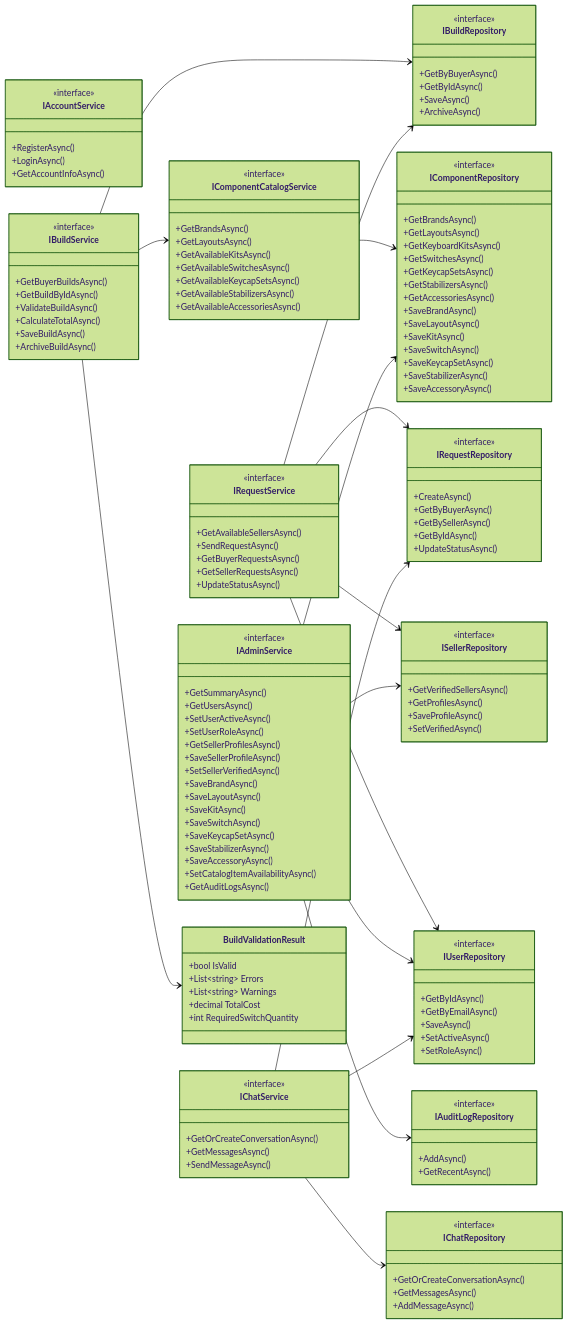
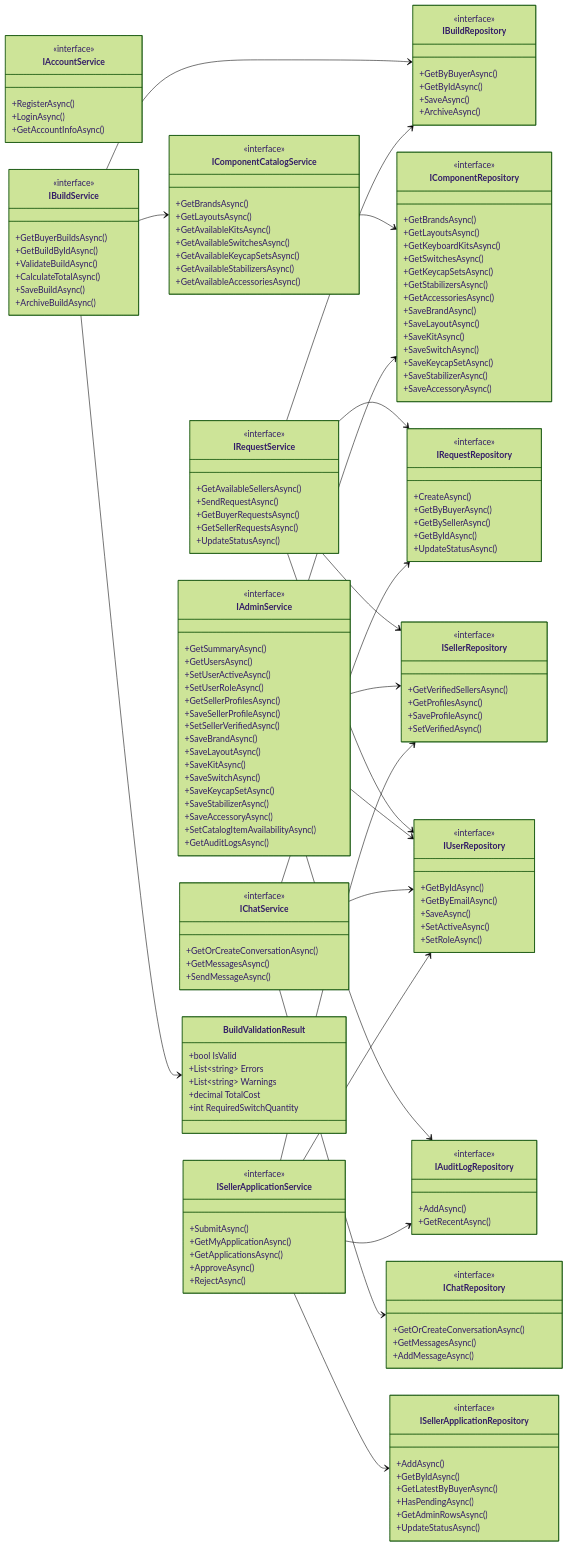
Before and after one commit to froynar/Custom_keyboard: the second of 3 diagrams in Documents_Refactor/Custom_Keyboard_Class_Diagram_Refactor.md, drawn with Mermaid (forest theme). The commit also changed other lines of this file and 81 other files, not shown here.

````diff
--- a/Documents_Refactor/Custom_Keyboard_Class_Diagram_Refactor.md
+++ b/Documents_Refactor/Custom_Keyboard_Class_Diagram_Refactor.md
@@ -293,6 +318,15 @@
         +SendMessageAsync()
     }
 
+    class ISellerApplicationService {
+        <<interface>>
+        +SubmitAsync()
+        +GetMyApplicationAsync()
+        +GetApplicationsAsync()
+        +ApproveAsync()
+        +RejectAsync()
+    }
+
     class IComponentRepository {
         <<interface>>
         +GetBrandsAsync()
@@ -358,6 +392,16 @@
         +AddMessageAsync()
     }
 
+    class ISellerApplicationRepository {
+        <<interface>>
+        +AddAsync()
+        +GetByIdAsync()
+        +GetLatestByBuyerAsync()
+        +HasPendingAsync()
+        +GetAdminRowsAsync()
+        +UpdateStatusAsync()
+    }
+
     class BuildValidationResult {
         +bool IsValid
         +List~string~ Errors
@@ -380,5 +424,9 @@
     IAdminService --> IAuditLogRepository
     IChatService --> IChatRepository
     IChatService --> IUserRepository
+    ISellerApplicationService --> ISellerApplicationRepository
+    ISellerApplicationService --> IUserRepository
+    ISellerApplicationService --> ISellerRepository
+    ISellerApplicationService --> IAuditLogRepository
     IChatService --> IRequestRepository
 ```
````
